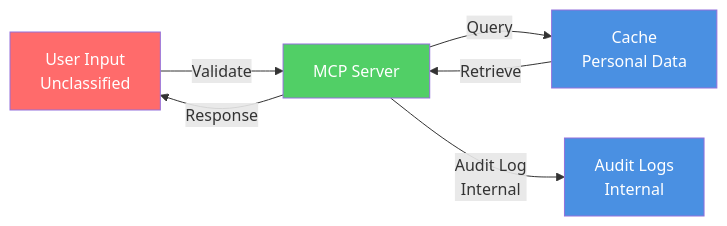
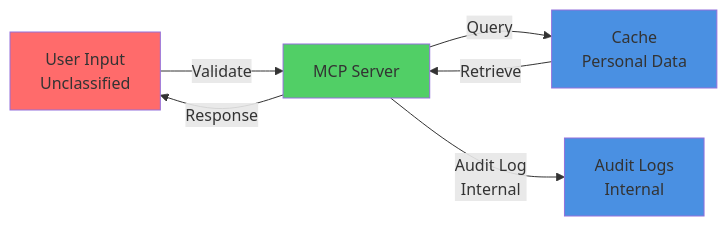
The fourth of 5 diagrams in docs/api-markdown/_media/skills/architecture-documentation/SKILL.md (Hack23/European-Parliament-MCP-Server), drawn with Mermaid before and after one commit. The commit also changed other lines of this file and 1829 other files, not shown here.

````diff
--- a/docs/api-markdown/_media/skills/architecture-documentation/SKILL.md
+++ b/docs/api-markdown/_media/skills/architecture-documentation/SKILL.md
@@ -391,18 +362,14 @@
 ```mermaid
 graph LR
     User[User Input<br/>Unclassified] -->|Validate| System[MCP Server]
     System -->|Query| DB[Cache<br/>Personal Data]
     DB -->|Retrieve| System
     System -->|Response| User
     
     System -->|Audit Log<br/>Internal| Logs[Audit Logs<br/>Internal]
     
-    style User fill:#ff6b6b,color:#ffffff
-
-    style System fill:#51cf66,color:#ffffff
-
-    style DB fill:#4a90e2,color:#ffffff
-
-    style Logs fill:#4a90e2,color:#ffffff
-
+    style User fill:#ff6b6b
+    style System fill:#51cf66
+    style DB fill:#4a90e2
+    style Logs fill:#4a90e2
 ```
````
